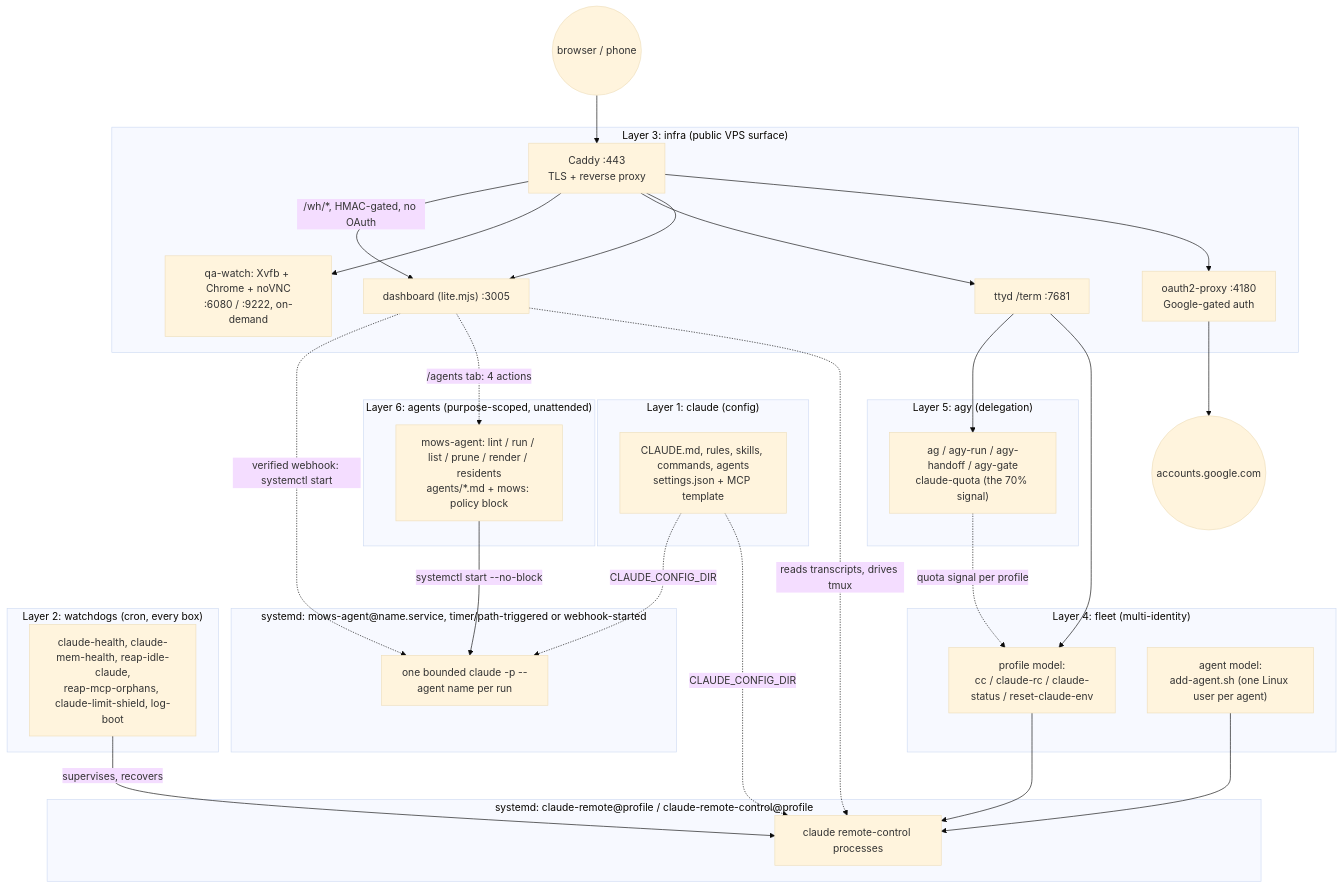
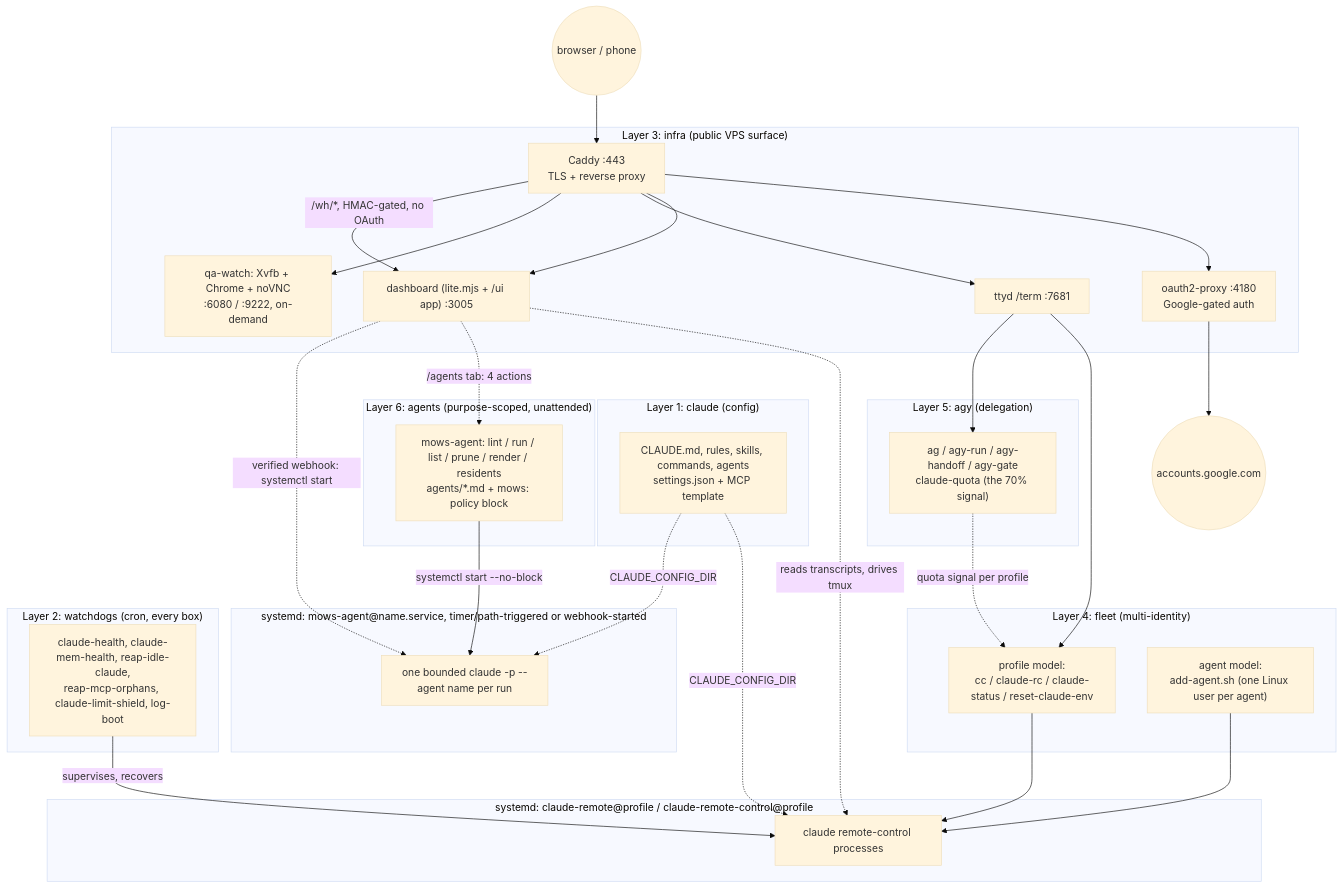
The diagram in README.md (alhe99/mows-harness), drawn with Mermaid (base theme) before and after one commit. The commit also changed other lines of this file and 5 other files, not shown here.

````diff
--- a/README.md
+++ b/README.md
@@ -379,60 +403,60 @@
 ```mermaid
 flowchart TB
     subgraph Layer1["Layer 1: claude (config)"]
         CFG["CLAUDE.md, rules, skills, commands, agents<br/>settings.json + MCP template"]
     end
 
     subgraph Layer4["Layer 4: fleet (multi-identity)"]
         PROFILE["profile model:<br/>cc / claude-rc / claude-status / reset-claude-env"]
         AGENT["agent model:<br/>add-agent.sh (one Linux user per agent)"]
     end
 
     subgraph Layer5["Layer 5: agy (delegation)"]
         AGY["ag / agy-run / agy-handoff / agy-gate<br/>claude-quota (the 70% signal)"]
     end
 
     subgraph Layer6["Layer 6: agents (purpose-scoped, unattended)"]
         MAGENT["mows-agent: lint / run / list / prune / render / residents<br/>agents/*.md + mows: policy block"]
     end
 
     subgraph RCUNITS["systemd: claude-remote@profile / claude-remote-control@profile"]
         RC["claude remote-control processes"]
     end
 
     subgraph AGENTUNIT["systemd: mows-agent@name.service, timer/path-triggered or webhook-started"]
         ARUN["one bounded claude -p --agent name per run"]
     end
 
     subgraph Layer2["Layer 2: watchdogs (cron, every box)"]
         WD["claude-health, claude-mem-health, reap-idle-claude,<br/>reap-mcp-orphans, claude-limit-shield, log-boot"]
     end
 
     subgraph Layer3["Layer 3: infra (public VPS surface)"]
         CADDY["Caddy :443<br/>TLS + reverse proxy"]
         OAUTH["oauth2-proxy :4180<br/>Google-gated auth"]
-        DASH["dashboard (lite.mjs) :3005"]
+        DASH["dashboard (lite.mjs + /ui app) :3005"]
         TERM["ttyd /term :7681"]
         WATCH["qa-watch: Xvfb + Chrome + noVNC<br/>:6080 / :9222, on-demand"]
     end
 
     Browser(("browser / phone")) --> CADDY
     CADDY --> OAUTH
     OAUTH --> Google(("accounts.google.com"))
     CADDY --> DASH
     CADDY --> TERM
     CADDY --> WATCH
 
     CFG -.->|CLAUDE_CONFIG_DIR| RC
     PROFILE --> RC
     AGENT --> RC
     TERM --> PROFILE
     TERM --> AGY
     AGY -.->|quota signal per profile| PROFILE
     DASH -.->|reads transcripts, drives tmux| RC
     WD -->|supervises, recovers| RC
     MAGENT -->|systemctl start --no-block| ARUN
     CFG -.->|CLAUDE_CONFIG_DIR| ARUN
     DASH -.->|/agents tab: 4 actions| MAGENT
     CADDY -->|/wh/*, HMAC-gated, no OAuth| DASH
     DASH -.->|verified webhook: systemctl start| ARUN
 ```
````
